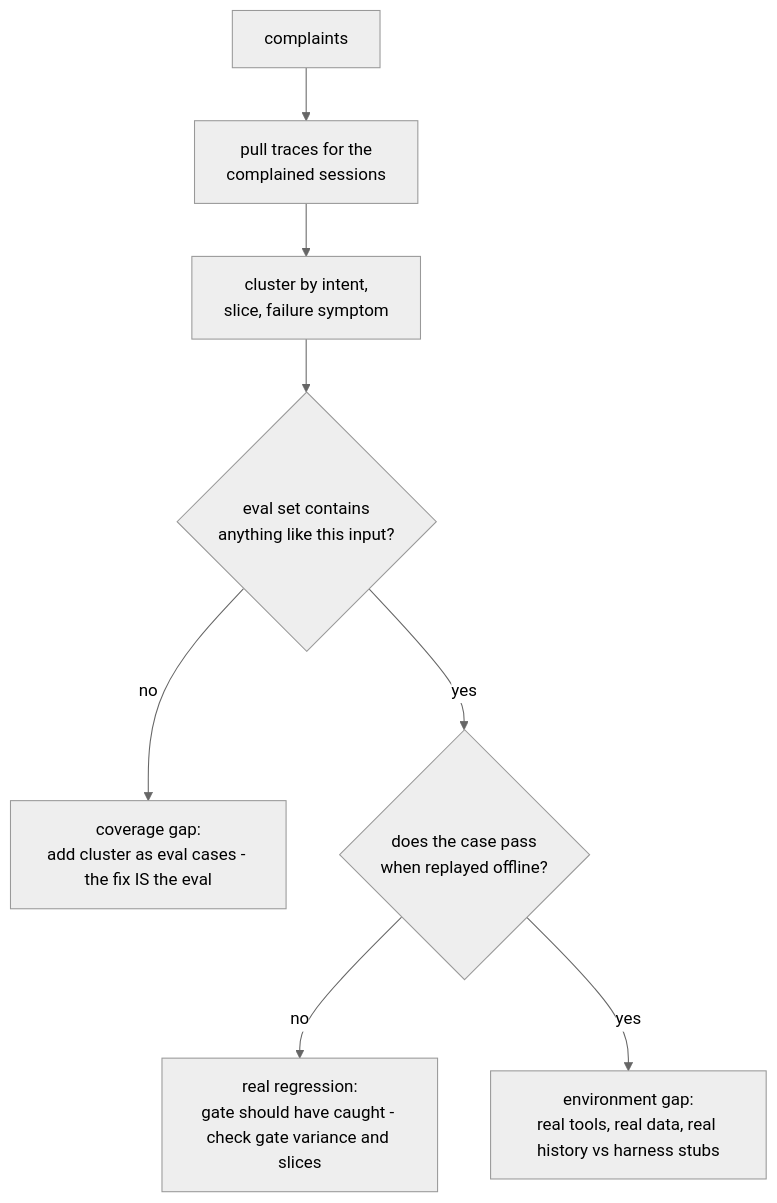
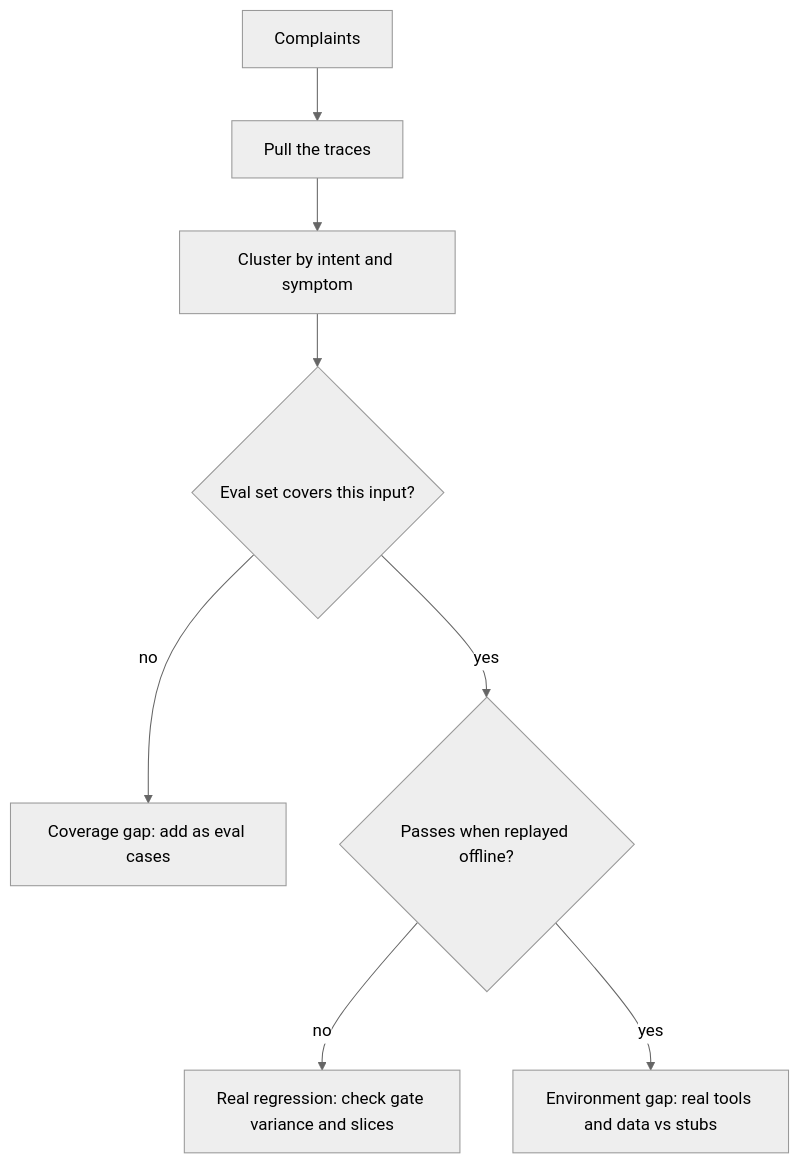
One commit to ashimsharma10/ashimsharma10.github.io changed the fourth of 11 diagrams in data/blog/ai-engineers-swiss-knife.mdx. Above: the diagram before and after it, drawn with Mermaid (neutral theme). The commit also changed other lines of this file and 3 other files, not shown here.

Commit message:
Simplify Swiss Knife write-up: plain prose, no dashes, readable flowcharts, less code

````diff
--- a/data/blog/ai-engineers-swiss-knife.mdx
+++ b/data/blog/ai-engineers-swiss-knife.mdx
@@ -655,10 +540,10 @@
 ```mermaid
 flowchart TD
-    C[complaints] --> P[pull traces for the\ncomplained sessions]
-    P --> CL[cluster by intent,\nslice, failure symptom]
-    CL --> D1{eval set contains\nanything like this input?}
-    D1 -->|no| F1[coverage gap:\nadd cluster as eval cases - the fix IS the eval]
-    D1 -->|yes| D2{does the case pass\nwhen replayed offline?}
-    D2 -->|no| F2[real regression:\ngate should have caught - check gate variance and slices]
-    D2 -->|yes| F3[environment gap:\nreal tools, real data, real history vs harness stubs]
+    C[Complaints] --> P[Pull the traces]
+    P --> CL[Cluster by intent and symptom]
+    CL --> D1{Eval set covers this input?}
+    D1 -->|no| F1[Coverage gap: add as eval cases]
+    D1 -->|yes| D2{Passes when replayed offline?}
+    D2 -->|no| F2[Real regression: check gate variance and slices]
+    D2 -->|yes| F3[Environment gap: real tools and data vs stubs]
 ```
````
